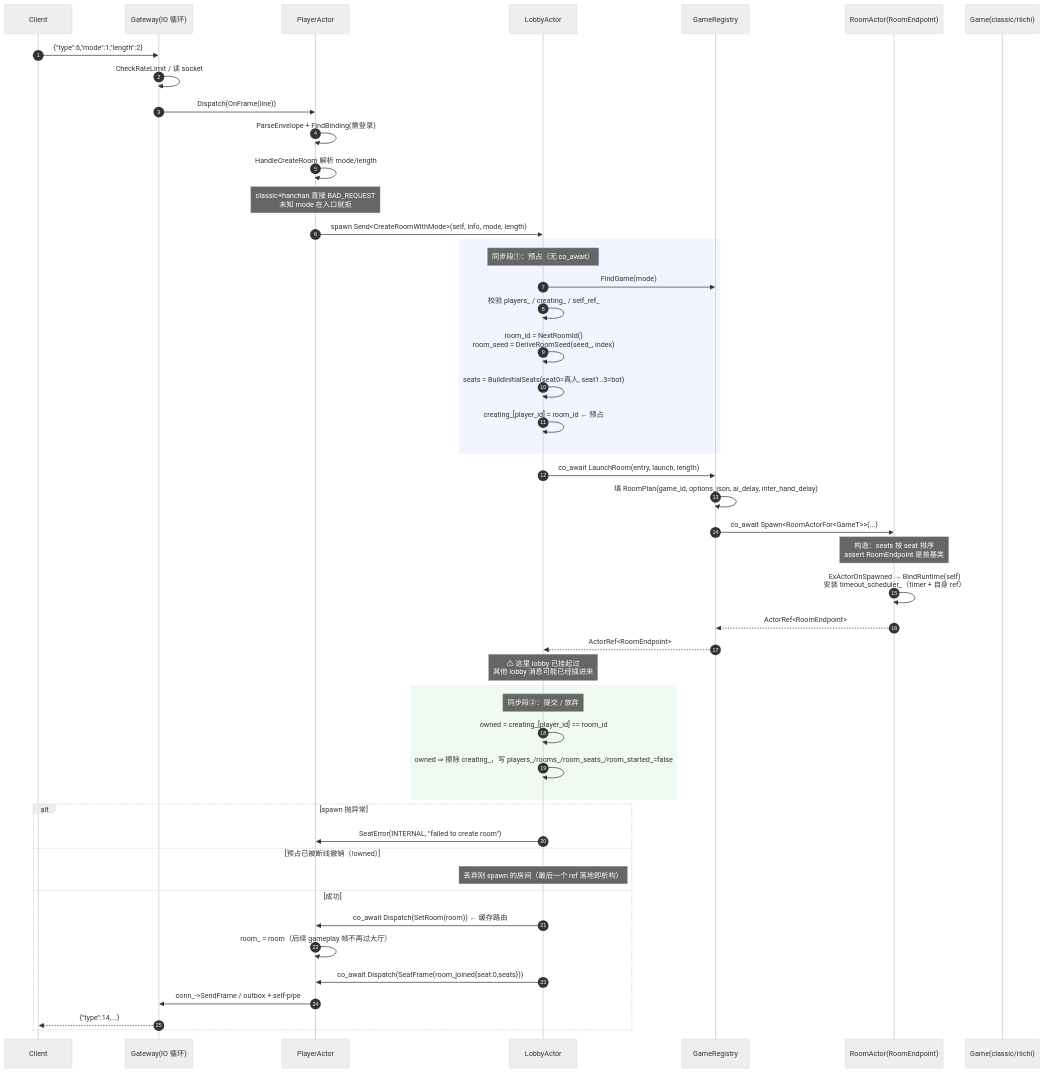
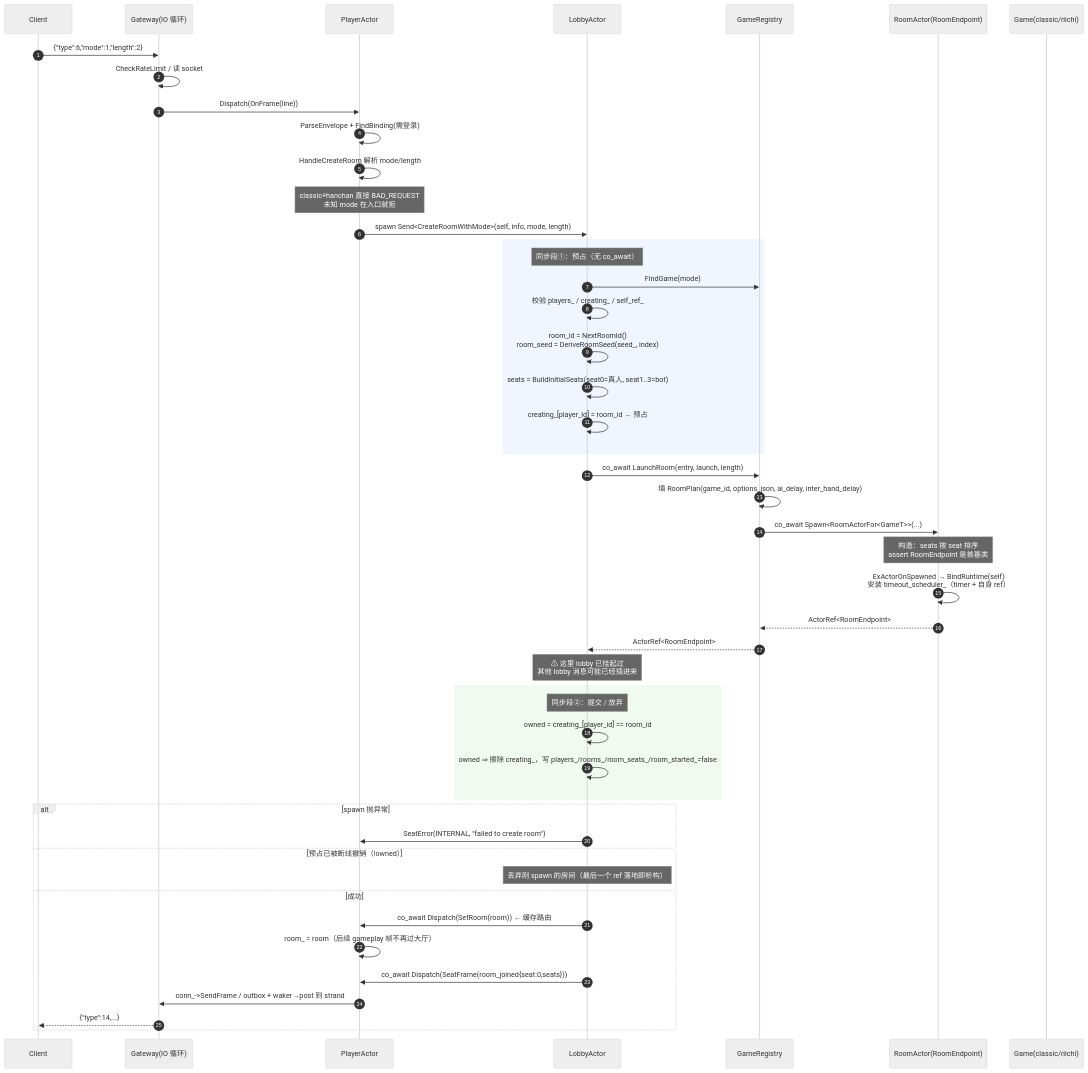
The first of 3 diagrams in game/docs/LOBBY_ROOM_FLOW.md (lixueming123/mahjong), drawn with Mermaid (neutral theme) before and after one commit. The commit also changed other lines of this file and 1 other file, not shown here.

Commit message:
docs: LOBBY_ROOM_FLOW 同步 asio 网关线程模型（io_context/strand/waker），TENHOU_CORPUS 更新判番修复后的 golden 帧数

````diff
--- a/game/docs/LOBBY_ROOM_FLOW.md
+++ b/game/docs/LOBBY_ROOM_FLOW.md
@@ -41,55 +41,55 @@
 ```mermaid
 sequenceDiagram
     autonumber
     participant C as Client
     participant GW as Gateway(IO 循环)
     participant PA as PlayerActor
     participant LB as LobbyActor
     participant REG as GameRegistry
     participant RA as RoomActor(RoomEndpoint)
     participant G as Game(classic/riichi)
 
     C->>GW: {"type":6,"mode":1,"length":2}
     GW->>GW: CheckRateLimit / 读 socket
     GW->>PA: Dispatch(OnFrame(line))
     PA->>PA: ParseEnvelope + FindBinding(需登录)
     PA->>PA: HandleCreateRoom 解析 mode/length
     Note over PA: classic+hanchan 直接 BAD_REQUEST<br/>未知 mode 在入口就拒
     PA->>LB: spawn Send<CreateRoomWithMode>(self, info, mode, length)
 
     rect rgb(240,245,255)
     Note over LB: 同步段①：预占（无 co_await）
     LB->>REG: FindGame(mode)
     LB->>LB: 校验 players_ / creating_ / self_ref_
     LB->>LB: room_id = NextRoomId()<br/>room_seed = DeriveRoomSeed(seed_, index)
     LB->>LB: seats = BuildInitialSeats(seat0=真人, seat1..3=bot)
     LB->>LB: creating_[player_id] = room_id  ← 预占
     end
 
     LB->>REG: co_await LaunchRoom(entry, launch, length)
     REG->>REG: 填 RoomPlan(game_id, options_json, ai_delay, inter_hand_delay)
     REG->>RA: co_await Spawn<RoomActorFor<GameT>>(...)
     Note over RA: 构造：seats 按 seat 排序<br/>assert RoomEndpoint 是首基类
     RA->>RA: ExActorOnSpawned → BindRuntime(self)<br/>安装 timeout_scheduler_（timer + 自身 ref）
     RA-->>REG: ActorRef<RoomEndpoint>
     REG-->>LB: ActorRef<RoomEndpoint>
     Note over LB: ⚠ 这里 lobby 已挂起过<br/>其他 lobby 消息可能已经插进来
 
     rect rgb(240,250,240)
     Note over LB: 同步段②：提交 / 放弃
     LB->>LB: owned = creating_[player_id] == room_id
     LB->>LB: owned ⇒ 擦除 creating_，写 players_/rooms_/room_seats_/room_started_=false
     end
 
     alt spawn 抛异常
         LB->>PA: SeatError(INTERNAL, "failed to create room")
     else 预占已被断线撤销（!owned）
         Note over LB: 丢弃刚 spawn 的房间（最后一个 ref 落地即析构）
     else 成功
         LB->>PA: co_await Dispatch(SetRoom(room))  ← 缓存路由
         PA->>PA: room_ = room（后续 gameplay 帧不再过大厅）
         LB->>PA: co_await Dispatch(SeatFrame(room_joined{seat:0,seats}))
-        PA->>GW: conn_->SendFrame / outbox + self-pipe
+        PA->>GW: conn_->SendFrame / outbox + waker→post 到 strand
         GW-->>C: {"type":14,...}
     end
 ```
````
